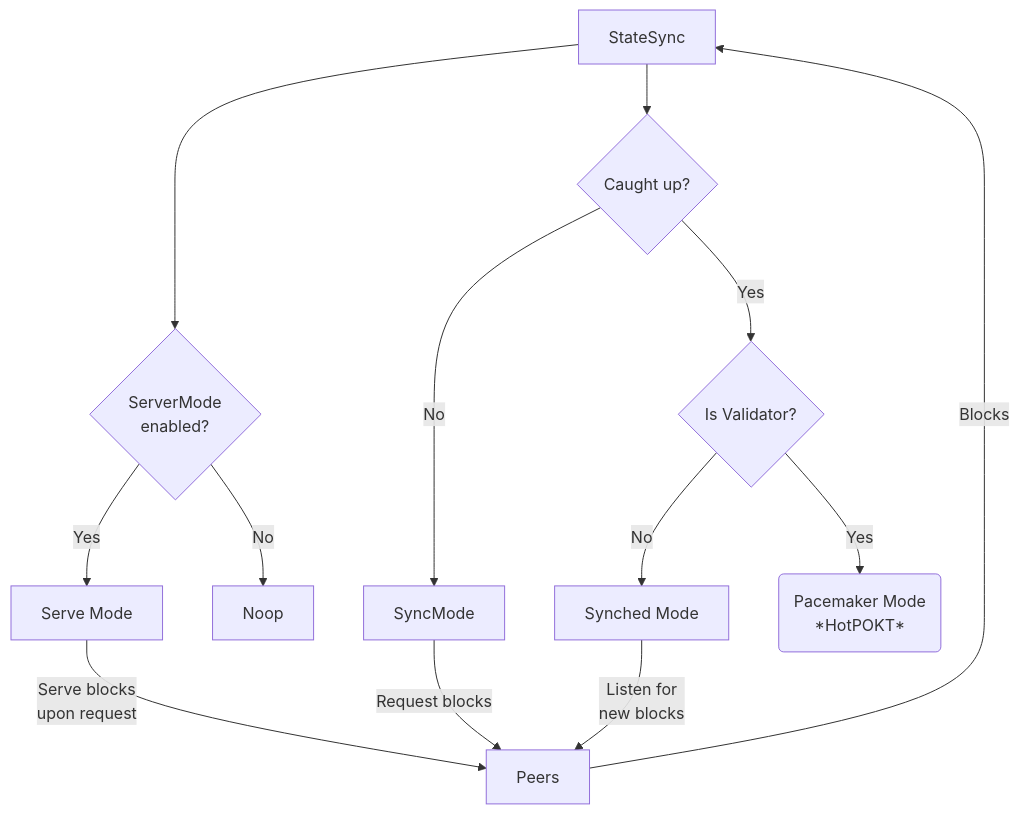
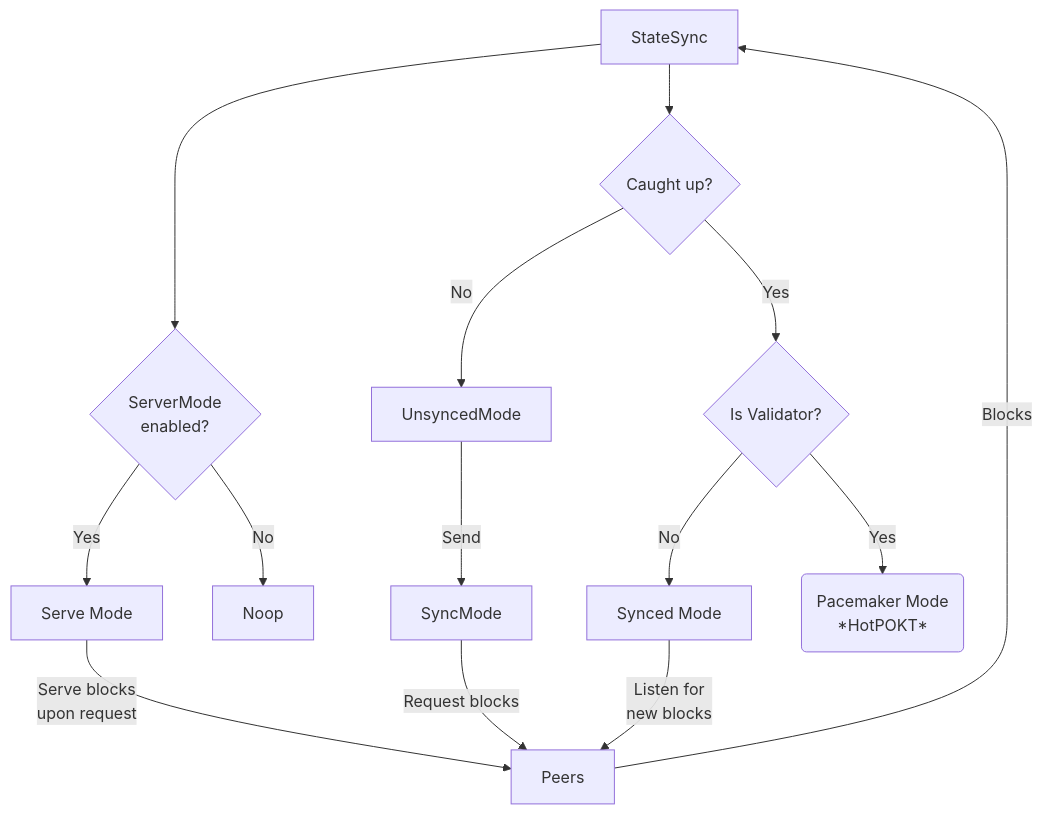
The third of 5 diagrams in consensus/doc/PROTOCOL_STATE_SYNC.md (pokt-network/pocket), drawn with Mermaid before and after one commit. The commit also changed other lines of this file and 32 other files, not shown here.

````diff
--- a/consensus/doc/PROTOCOL_STATE_SYNC.md
+++ b/consensus/doc/PROTOCOL_STATE_SYNC.md
@@ -122,25 +179,26 @@
 ```mermaid
 flowchart TD
     A[StateSync] --> B{Caught up?}
     A[StateSync] --> P{ServerMode <br> enabled?}
 
     %% Is serving peers?
     P --> |Yes| Q[Serve Mode]
     P --> |No| R[Noop]
     Q --> |Serve blocks<br>upon request| Z[Peers]
 
     %% Is caught up?
     B --> |Yes| C{Is Validator?}
-    B --> |No| D[SyncMode]
+    B --> |No| E[UnsyncedMode]
+    E --> |Send | D[SyncMode]
 
-    %% Synching
+    %% Syncing
     D --> |Request blocks| Z[Peers]
 
     %% Is a validator?
-    C --> |No| E[Synched Mode]
-    C --> |Yes| F(Pacemaker Mode<br>*HotPOKT*)
-    E --> |Listen for<br>new blocks| Z[Peers]
+    C --> |No| F[Synced Mode]
+    C --> |Yes| G(Pacemaker Mode<br>*HotPOKT*)
+    F --> |Listen for<br>new blocks| Z[Peers]
 
     %% Loop back
     Z[Peers] --> |Blocks| A[StateSync]
 ```
````
